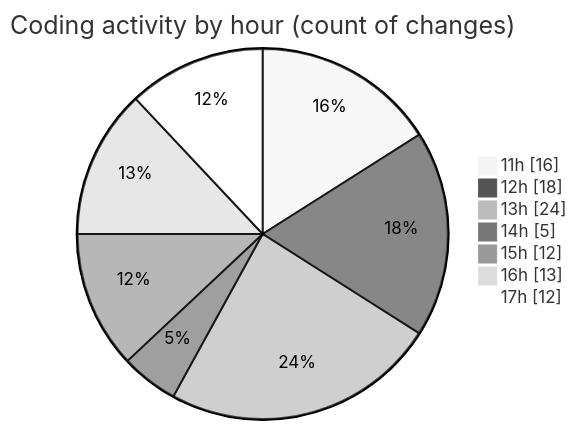
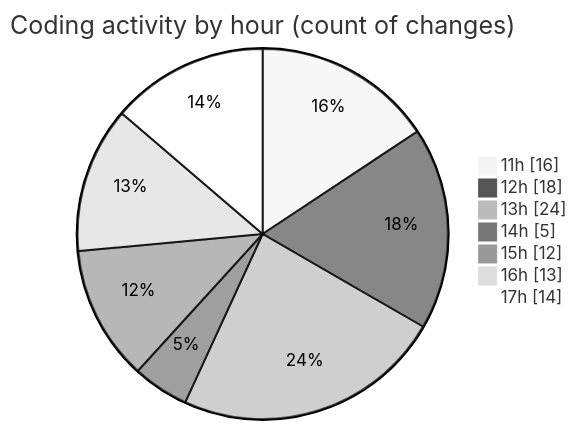
One commit to nxtqubesakshisongat/code-tracking changed the second of 2 diagrams in 2025-10-01/nxtqube_webapp/README.md. Above: the diagram before and after it, drawn with Mermaid (neutral theme). The commit also changed other lines of this file and 1 other file, not shown here.

````diff
--- a/2025-10-01/nxtqube_webapp/README.md
+++ b/2025-10-01/nxtqube_webapp/README.md
@@ -34,11 +34,11 @@
 ```mermaid
 pie showData
 title Coding activity by hour (count of changes)
 "11h" : 16
 "12h" : 18
 "13h" : 24
 "14h" : 5
 "15h" : 12
 "16h" : 13
-"17h" : 12
+"17h" : 14
 ```
````
